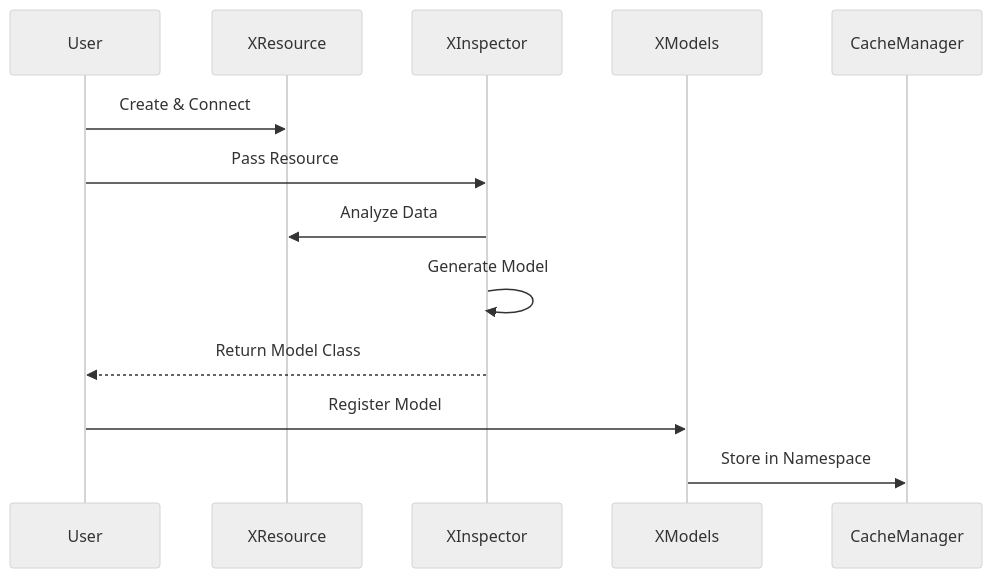
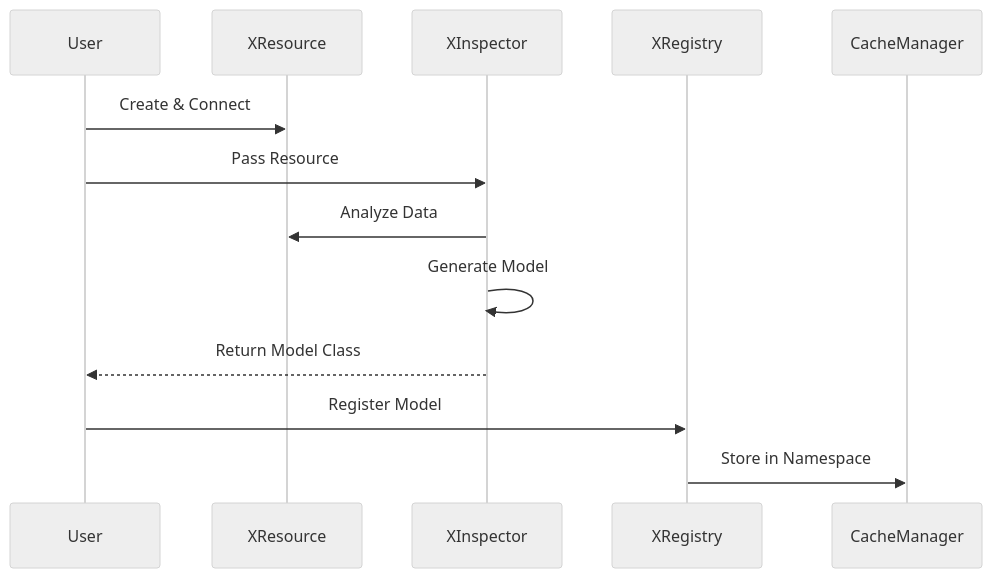
The second of 3 diagrams in FEATURES/ARCHITECTURE.md (rpalshetkar/claudify), drawn with Mermaid (neutral theme) before and after one commit. The commit also changed other lines of this file and 1 other file, not shown here.

First line of the commit message:
Update ARCHITECTURE.md and parent CLAUDE.md: Replace XModels with XRegistry

````diff
--- a/FEATURES/ARCHITECTURE.md
+++ b/FEATURES/ARCHITECTURE.md
@@ -123,16 +123,16 @@
 ```mermaid
 sequenceDiagram
     participant User
     participant XResource
     participant XInspector
-    participant XModels
+    participant XRegistry
     participant CacheManager
     
     User->>XResource: Create & Connect
     User->>XInspector: Pass Resource
     XInspector->>XResource: Analyze Data
     XInspector->>XInspector: Generate Model
     XInspector-->>User: Return Model Class
-    User->>XModels: Register Model
-    XModels->>CacheManager: Store in Namespace
+    User->>XRegistry: Register Model
+    XRegistry->>CacheManager: Store in Namespace
 ```
````
